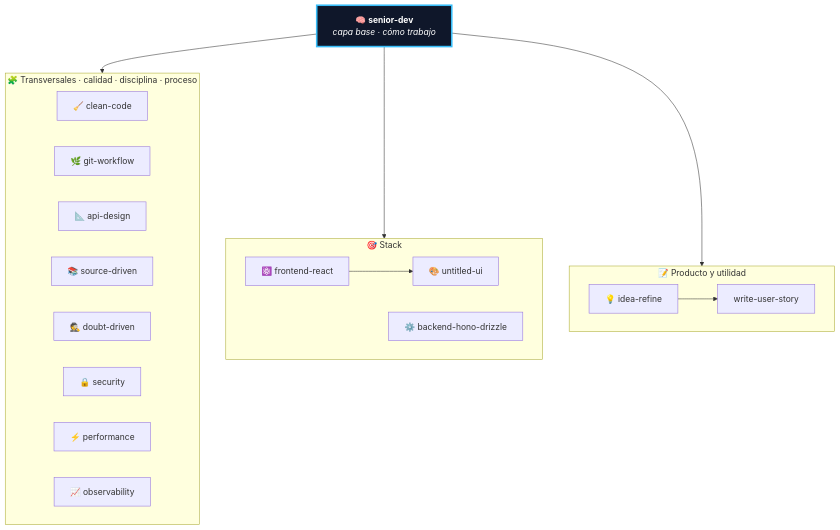
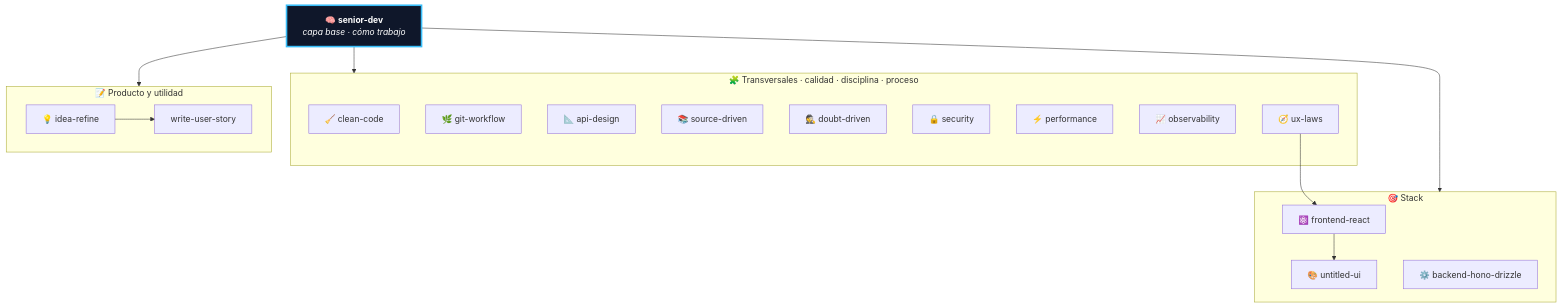
The diagram in README.md (ErickEcheverria/eecheverria-skills), drawn with Mermaid before and after one commit. The commit also changed other lines of this file and 5 other files, not shown here.

````diff
--- a/README.md
+++ b/README.md
@@ -21,34 +21,36 @@
 ```mermaid
 flowchart TD
     SD["🧠 <b>senior-dev</b><br/><i>capa base · cómo trabajo</i>"]:::base
 
     subgraph T["🧩 Transversales · calidad · disciplina · proceso"]
         CC["🧹 clean-code"]
         GW["🌿 git-workflow"]
         AD["📐 api-design"]
         SR["📚 source-driven"]
         DD["🕵️ doubt-driven"]
         SEC["🔒 security"]
         PERF["⚡ performance"]
         OBS["📈 observability"]
+        UXL["🧭 ux-laws"]
     end
 
     subgraph S["🎯 Stack"]
         RE["⚛️ frontend-react"]
         UUI["🎨 untitled-ui"]
         HN["⚙️ backend-hono-drizzle"]
         RE --> UUI
     end
 
     subgraph U["📝 Producto y utilidad"]
         IR["💡 idea-refine"]
         US["write-user-story"]
         IR --> US
     end
 
     SD --> T
     SD --> S
     SD --> U
+    UXL --> RE
 
     classDef base fill:#0f172a,stroke:#38bdf8,stroke-width:3px,color:#fff;
 ```
````
